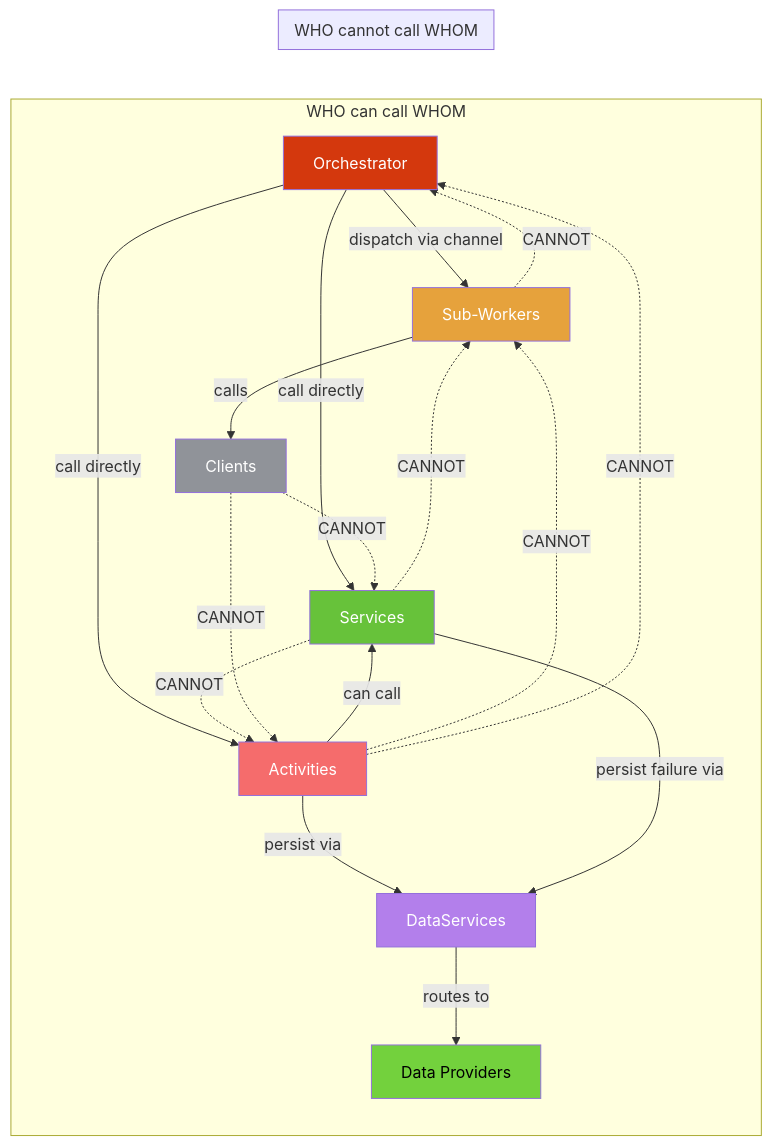
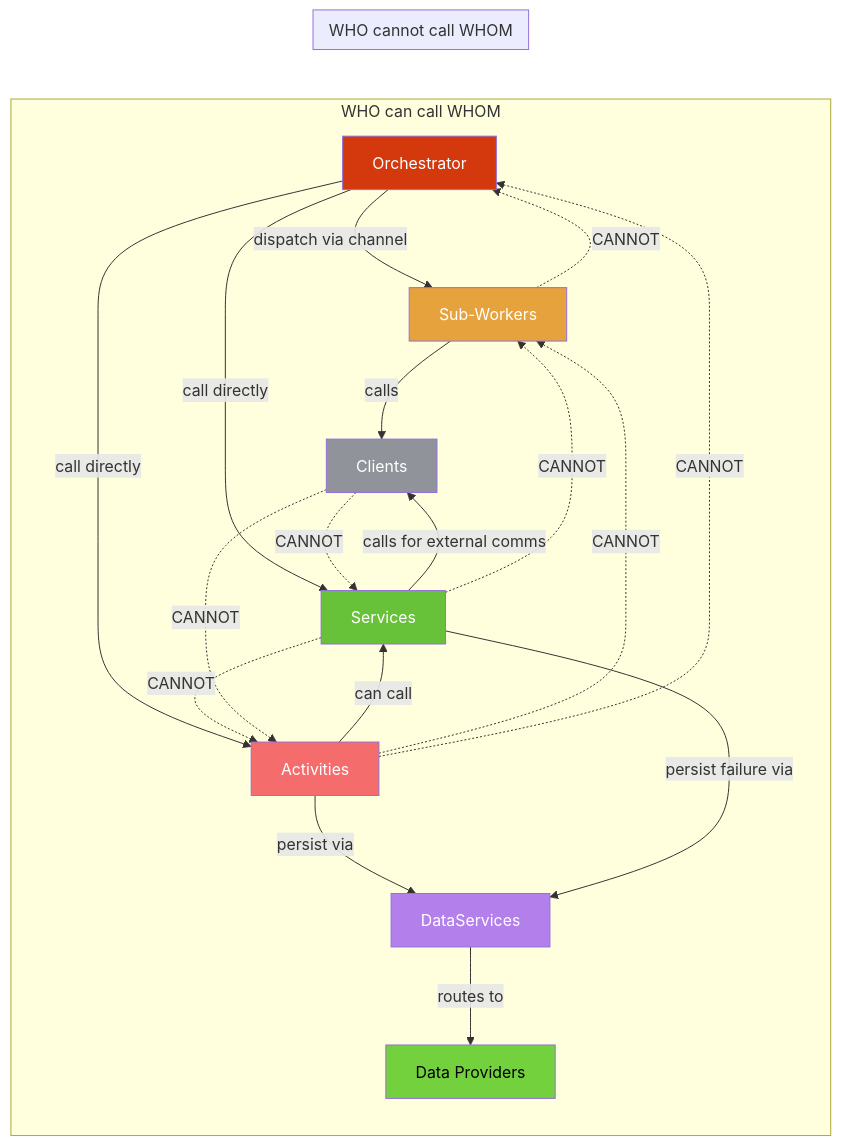
The second of 4 diagrams in docs/architecture/project-structure.md (edward-rosado/jenisesells-website), drawn with Mermaid before and after one commit. The commit also changed other lines of this file and 1 other file, not shown here.

Commit message:
docs: Services can call Clients for external comms (Gmail, WhatsApp, Anthropic)

````diff
--- a/docs/architecture/project-structure.md
+++ b/docs/architecture/project-structure.md
@@ -76,31 +77,32 @@
 ```mermaid
 graph LR
     subgraph "WHO can call WHOM"
         O["Orchestrator"] -->|"dispatch via channel"| W["Sub-Workers"]
         O -->|"call directly"| A["Activities"]
         O -->|"call directly"| S["Services"]
         A -->|"can call"| S
         A -->|"persist via"| DS["DataServices"]
+        S -->|"calls for external comms"| C["Clients"]
         S -->|"persist failure via"| DS
         DS -->|"routes to"| D["Data Providers"]
-        W -->|"calls"| C["Clients"]
+        W -->|"calls"| C
     end
 
     subgraph "WHO cannot call WHOM"
         S -.->|"CANNOT"| A
         S -.->|"CANNOT"| W
         W -.->|"CANNOT"| O
         A -.->|"CANNOT"| W
         A -.->|"CANNOT"| O
         C -.->|"CANNOT"| S
         C -.->|"CANNOT"| A
     end
 
     style O fill:#d4380d,color:white
     style W fill:#e6a23c,color:white
     style A fill:#f56c6c,color:white
     style S fill:#67c23a,color:white
     style DS fill:#b37feb,color:white
     style D fill:#73d13d,color:black
     style C fill:#909399,color:white
 ```
````
